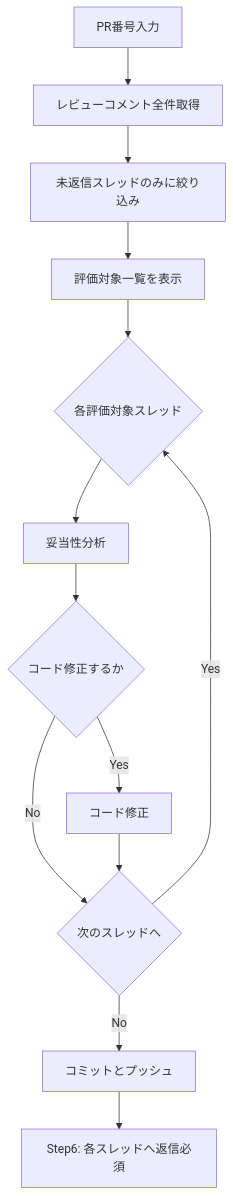
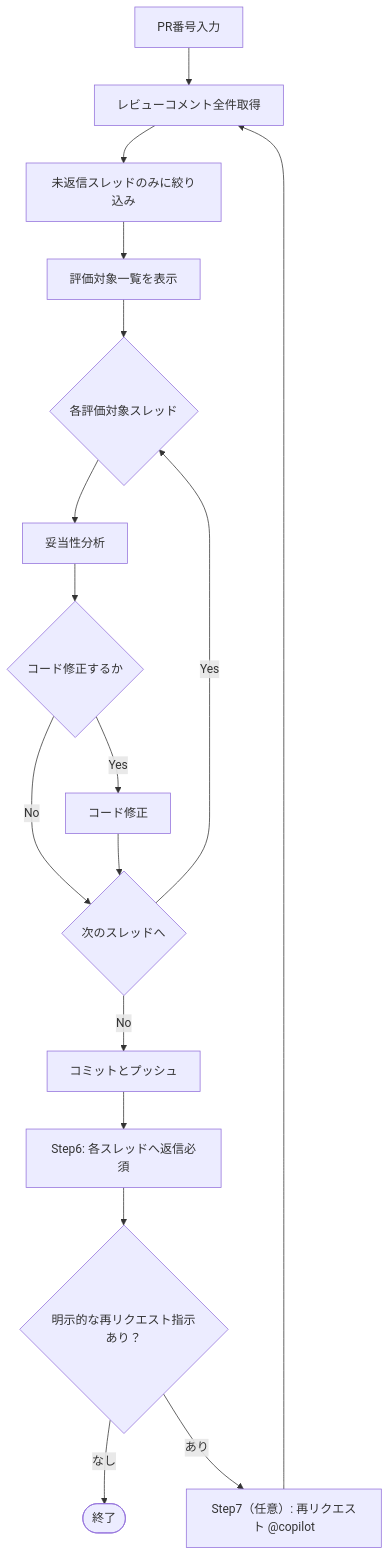
The diagram in canonical/commands/review/copilot-review-response.md (stlwolf/ai-development-hub), drawn with Mermaid before and after one commit. The commit also changed other lines of this file, not shown here.

First line of the commit message:
feat(review): copilot-review-response に再レビュー再リクエストの任意ステップを追加 (#151)

````diff
--- a/canonical/commands/review/copilot-review-response.md
+++ b/canonical/commands/review/copilot-review-response.md
@@ -43,15 +43,19 @@
 ```mermaid
 flowchart TD
     A[PR番号入力] --> B[レビューコメント全件取得]
     B --> F[未返信スレッドのみに絞り込み]
     F --> C[評価対象一覧を表示]
     C --> D{各評価対象スレッド}
     D --> E[妥当性分析]
     E --> G{コード修正するか}
     G -->|Yes| H[コード修正]
     G -->|No| J{次のスレッドへ}
     H --> J
     J -->|Yes| D
     J -->|No| K[コミットとプッシュ]
     K --> L["Step6: 各スレッドへ返信必須"]
+    L --> M{明示的な再リクエスト指示あり？}
+    M -->|なし| Z([終了])
+    M -->|あり| N["Step7（任意）: 再リクエスト @copilot"]
+    N --> B
 ```
````
